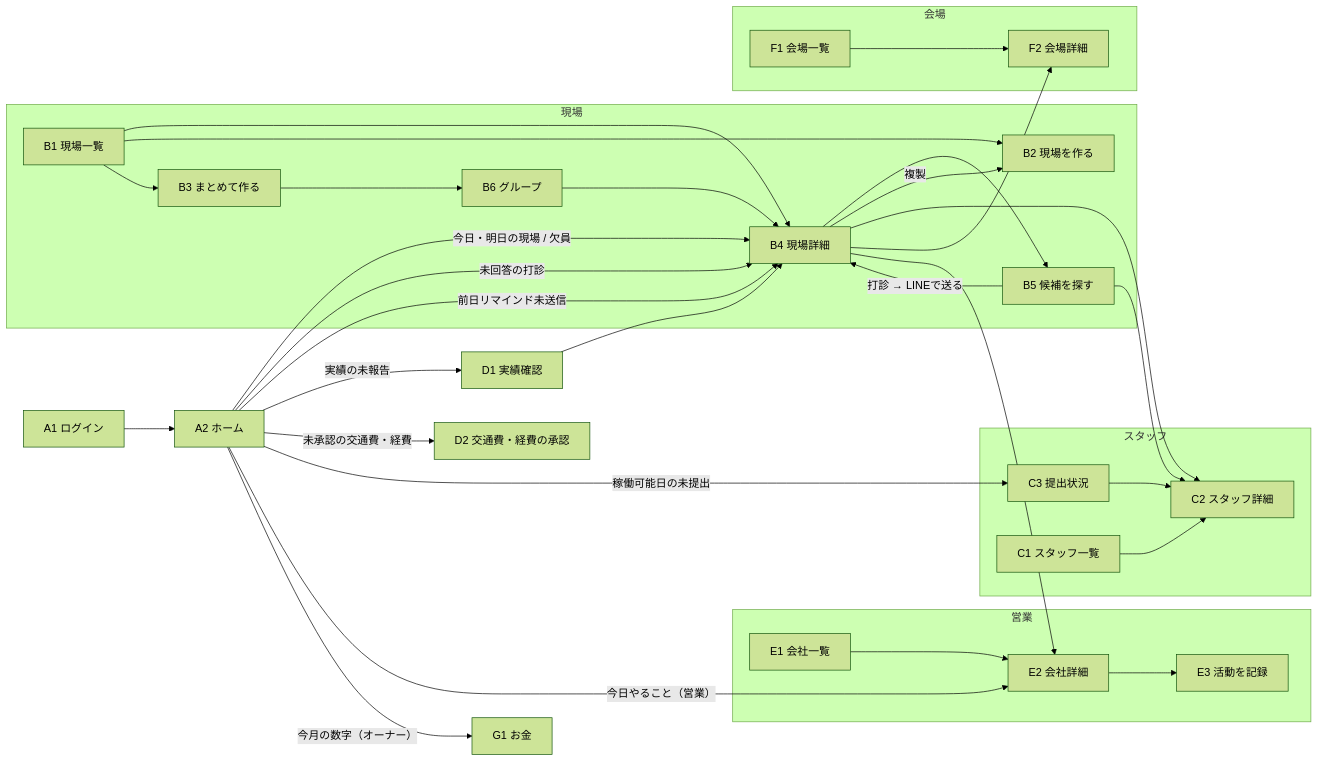
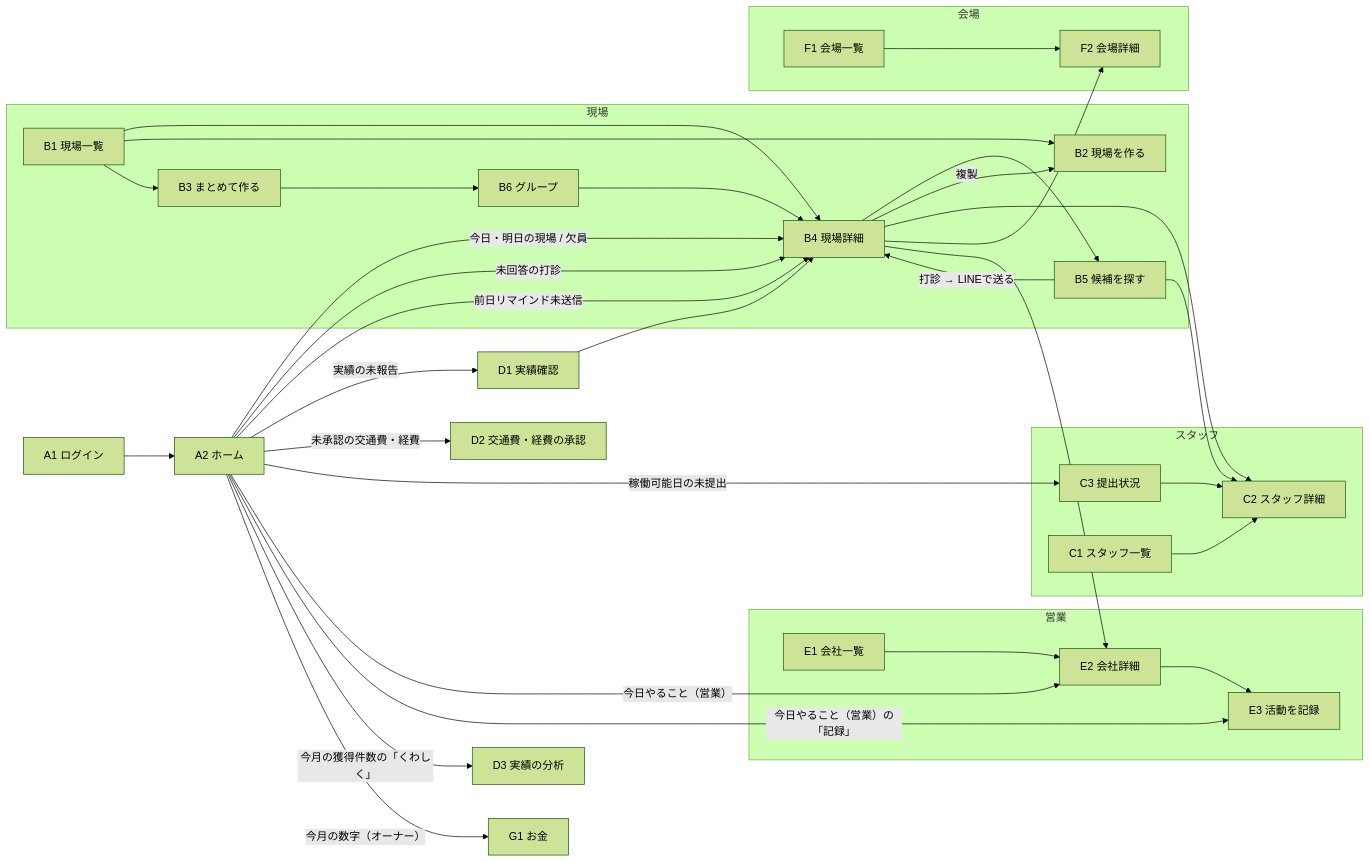
Before and after one commit to Beekon963/nicolyCRM: the first of 3 diagrams in docs/design/screens.md, drawn with Mermaid (forest theme). The commit also changed other lines of this file and 28 other files, not shown here.

````diff
--- a/docs/design/screens.md
+++ b/docs/design/screens.md
@@ -73,44 +74,46 @@
 ```mermaid
 flowchart LR
   login[A1 ログイン] --> home[A2 ホーム]
 
   home -->|今日・明日の現場 / 欠員| evd[B4 現場詳細]
   home -->|未回答の打診| evd
   home -->|実績の未報告| res[D1 実績確認]
   home -->|未承認の交通費・経費| exp[D2 交通費・経費の承認]
   home -->|前日リマインド未送信| evd
   home -->|稼働可能日の未提出| av[C3 提出状況]
   home -->|今日やること（営業）| cod[E2 会社詳細]
+  home -->|今日やること（営業）の「記録」| act
+  home -->|今月の獲得件数の「くわしく」| ana[D3 実績の分析]
   home -->|今月の数字（オーナー）| money[G1 お金]
 
   subgraph 現場
     evl[B1 現場一覧] --> evd
     evl --> evn[B2 現場を作る]
     evl --> evb[B3 まとめて作る]
     evb --> grp[B6 グループ]
     grp --> evd
     evd --> cand[B5 候補を探す]
     cand -->|打診 → LINEで送る| evd
     evd -->|複製| evn
   end
 
   subgraph スタッフ
     stl[C1 スタッフ一覧] --> std[C2 スタッフ詳細]
     av --> std
   end
 
   subgraph 営業
     col[E1 会社一覧] --> cod
     cod --> act[E3 活動を記録]
   end
 
   subgraph 会場
     vel[F1 会場一覧] --> ved[F2 会場詳細]
   end
 
   evd --> std
   evd --> ved
   evd --> cod
   cand --> std
   res --> evd
 ```
````
